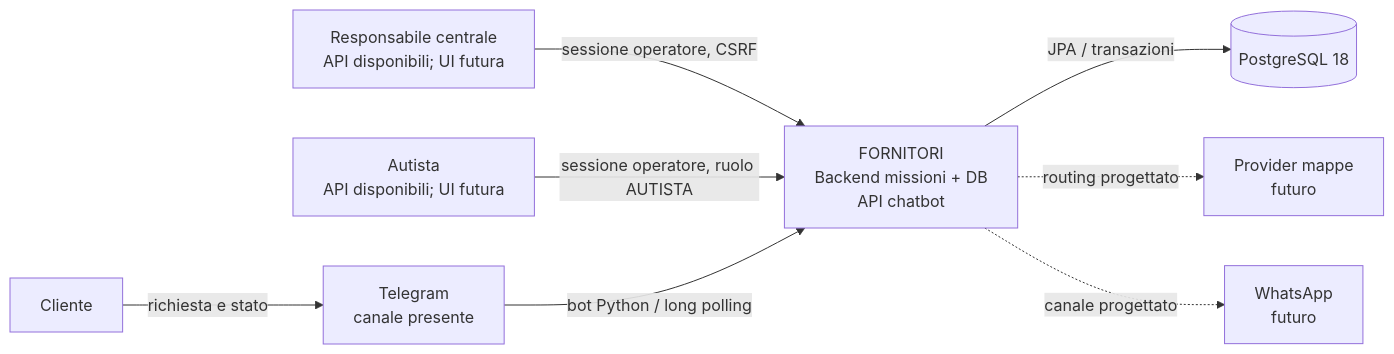
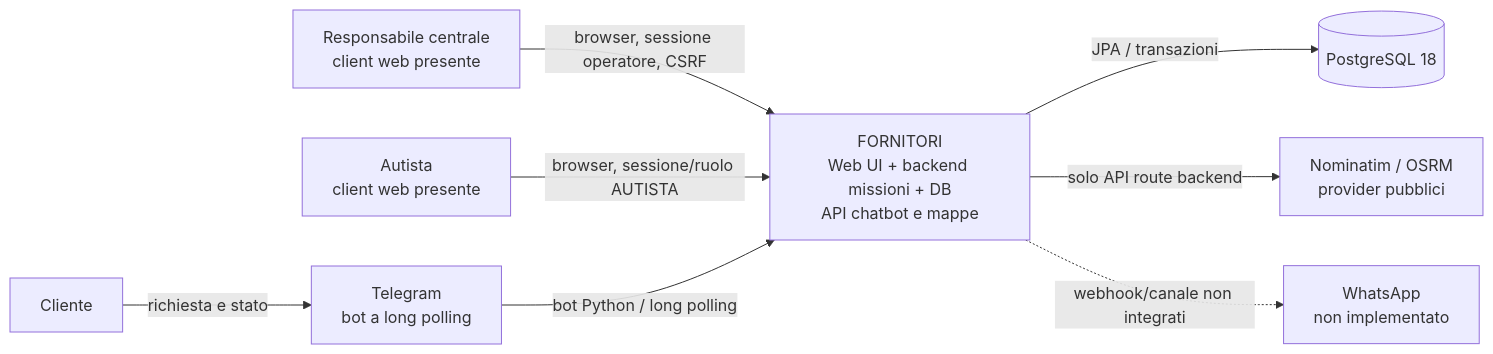
Before and after one commit to coluccimarco/fornitori-soccorso: the diagram in docs/diagrams/system_context.mmd, drawn with Mermaid. The commit also changed 96 other files, not shown here.

```diff
--- a/docs/diagrams/system_context.mmd
+++ b/docs/diagrams/system_context.mmd
@@ -1,17 +1,17 @@
-%% C4-inspired system context; proposed users and implemented integrations distinguished.
+%% C4-inspired system context; solid connections are present in code.
 flowchart LR
-    Ops["Responsabile centrale<br/>API disponibili; UI futura"]
-    Driver["Autista<br/>API disponibili; UI futura"]
+    Ops["Responsabile centrale<br/>client web presente"]
+    Driver["Autista<br/>client web presente"]
     Customer["Cliente"]
-    System["FORNITORI<br/>Backend missioni + DB<br/>API chatbot"]
-    Telegram["Telegram<br/>canale presente"]
+    System["FORNITORI<br/>Web UI + backend missioni + DB<br/>API chatbot e mappe"]
+    Telegram["Telegram<br/>bot a long polling"]
     PostgreSQL[("PostgreSQL 18")]
-    Maps["Provider mappe<br/>futuro"]
-    WhatsApp["WhatsApp<br/>futuro"]
-    Ops -->|"sessione operatore, CSRF"| System
-    Driver -->|"sessione operatore, ruolo AUTISTA"| System
+    Maps["Nominatim / OSRM<br/>provider pubblici"]
+    WhatsApp["WhatsApp<br/>non implementato"]
+    Ops -->|"browser, sessione operatore, CSRF"| System
+    Driver -->|"browser, sessione/ruolo AUTISTA"| System
     Customer -->|"richiesta e stato"| Telegram
     Telegram -->|"bot Python / long polling"| System
     System -->|"JPA / transazioni"| PostgreSQL
-    System -. "routing progettato" .-> Maps
-    System -. "canale progettato" .-> WhatsApp
+    System -->|"solo API route backend"| Maps
+    System -. "webhook/canale non integrati" .-> WhatsApp
```
